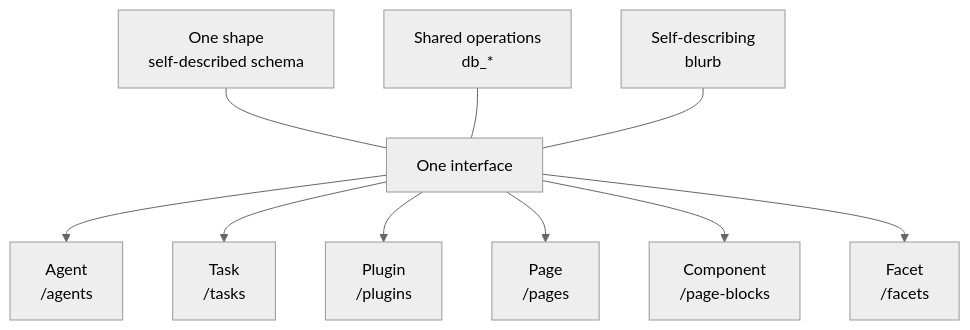
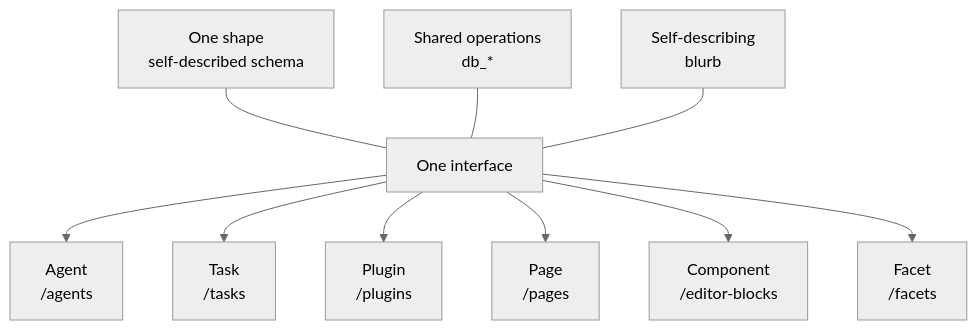
The first of 2 diagrams in README.md (helloooooooooooooo97/BIU), drawn with Mermaid (neutral theme) before and after one commit. The commit also changed other lines of this file and 151 other files, not shown here.

````diff
--- a/README.md
+++ b/README.md
@@ -231,16 +231,16 @@
 ```mermaid
 flowchart TB
   API["One interface"]
   Shape["One shape<br/>self-described schema"]
   Verb["Shared operations<br/>db_*"]
   Say["Self-describing<br/>blurb"]
   Shape --- API
   Verb --- API
   Say --- API
   API --> A["Agent<br/>/agents"]
   API --> T["Task<br/>/tasks"]
   API --> L["Plugin<br/>/plugins"]
   API --> P["Page<br/>/pages"]
-  API --> C["Component<br/>/page-blocks"]
+  API --> C["Component<br/>/editor-blocks"]
   API --> F["Facet<br/>/facets"]
 ```
````
